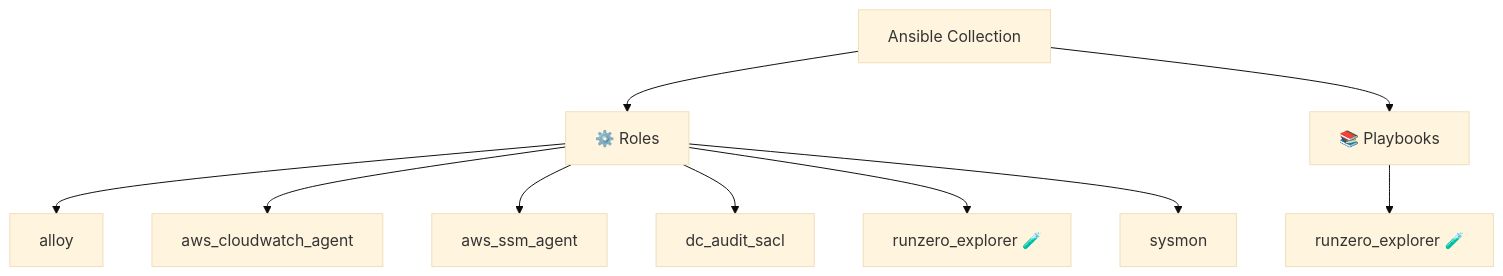
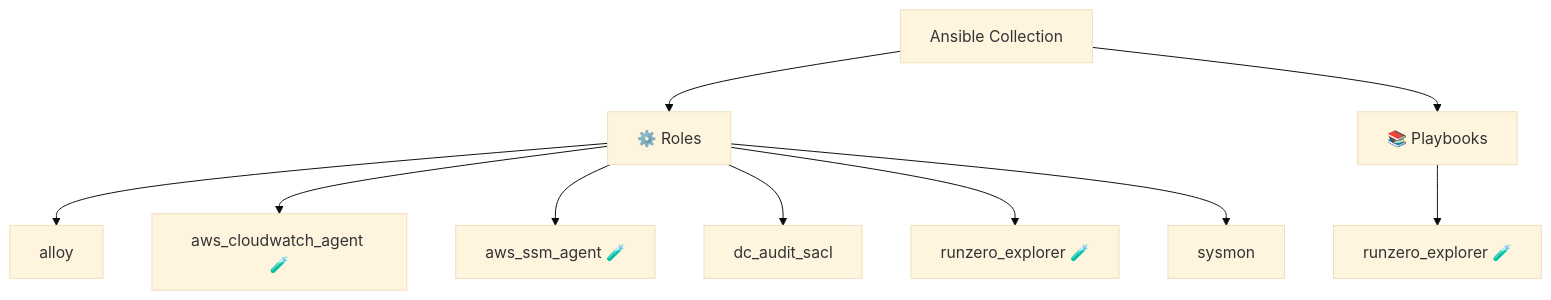
Before and after one commit to l50/ansible-collection-bulwark: the diagram in README.md, drawn with Mermaid (base theme). The commit also changed 27 other files, not shown here.

First line of the commit message:
feat: add molecule test suites for aws_cloudwatch_agent and aws_ssm_agent roles (#529)

````diff
--- a/README.md
+++ b/README.md
@@ -14,13 +14,13 @@
 ```mermaid
 graph TD
     Collection[Ansible Collection]
     Collection --> Roles[⚙️ Roles]
     Roles --> R0[alloy]
-    Roles --> R1[aws_cloudwatch_agent]
-    Roles --> R2[aws_ssm_agent]
+    Roles --> R1[aws_cloudwatch_agent 🧪]
+    Roles --> R2[aws_ssm_agent 🧪]
     Roles --> R3[dc_audit_sacl]
     Roles --> R4[runzero_explorer 🧪]
     Roles --> R5[sysmon]
     Collection --> Playbooks[📚 Playbooks]
     Playbooks --> PB0[runzero_explorer 🧪]
 ```
````
